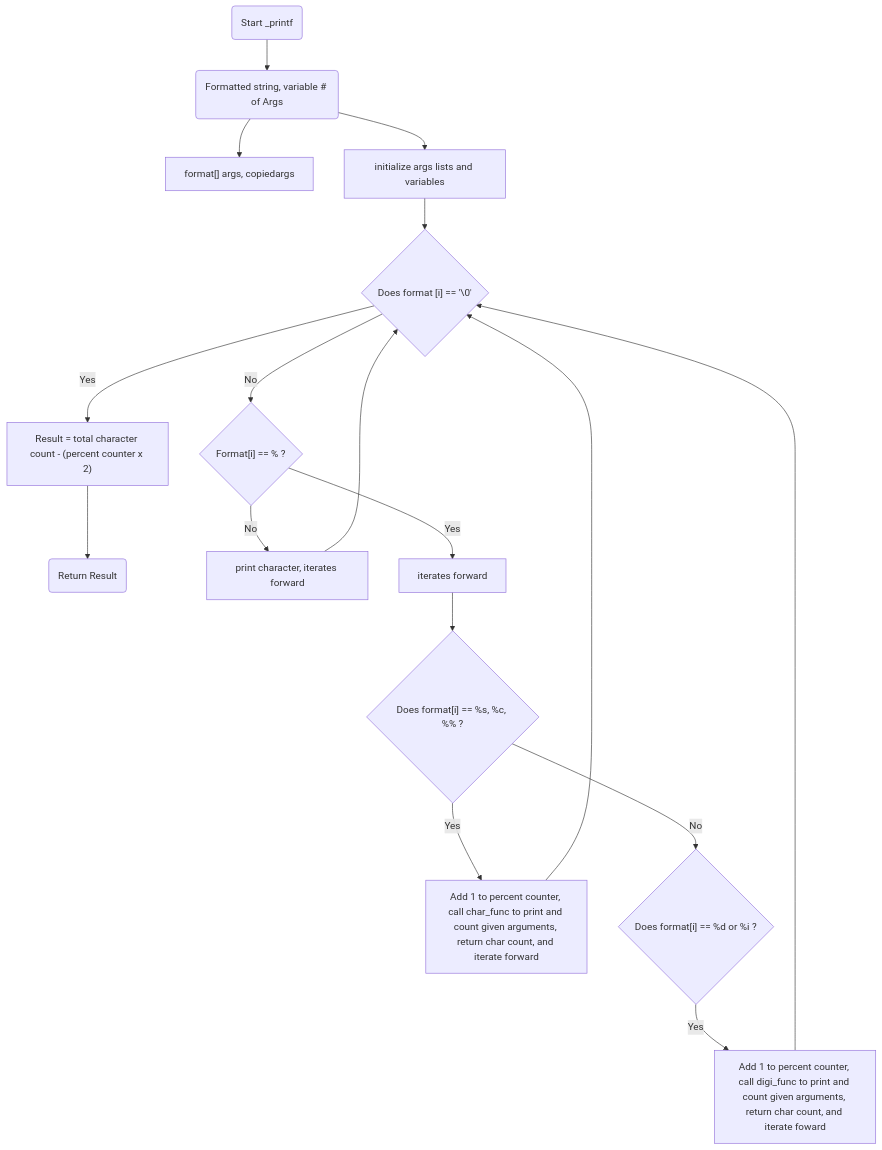
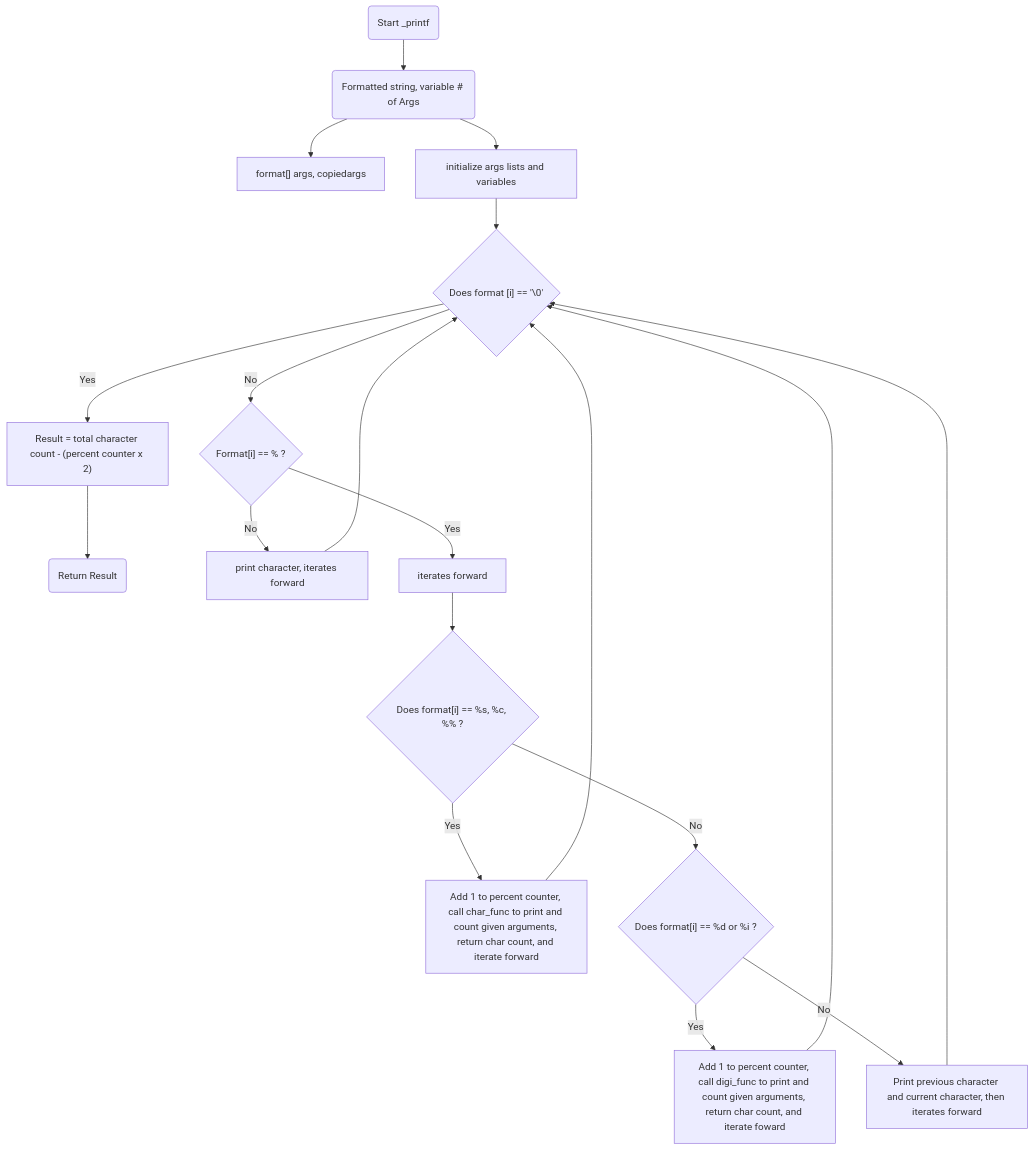
Before and after one commit to MBall0u/atlas-printf: the diagram in README.md, drawn with Mermaid.

Commit message:
README.md/flowchart

````diff
--- a/README.md
+++ b/README.md
@@ -32,19 +32,21 @@
 ```mermaid
 graph TD;
 	A(Start _printf) -->B(Formatted string, variable # of Args)
     B --> C["format[]" args, copiedargs]
     B --> D[initialize args lists and variables]
     D --> E{"Does format [i]" == '\0'}
     E --> |Yes|F["Result = total character count - (percent counter x 2)"]
     F --> Z(Return Result)
     E --> |No|G{"Format[i]" == % ?}
     G --> |No|H[print character, iterates forward]
     H --> E
     G --> |Yes|Y[iterates forward]
     Y --> I{"Does format[i]" == %s, %c, %% ?}
 	I --> |Yes|J[Add 1 to percent counter, call char_func to print and count given arguments, return char count, and iterate forward]
     J --> E
 	I --> |No|K{"Does format[i]" == %d or %i ?}
     K --> |Yes|L[Add 1 to percent counter, call digi_func to print and count given arguments, return char count, and iterate foward]
     L --> E
+	K --> |No|M[Print previous character and current character, then iterates forward]
+    M --> E
 ```
````
